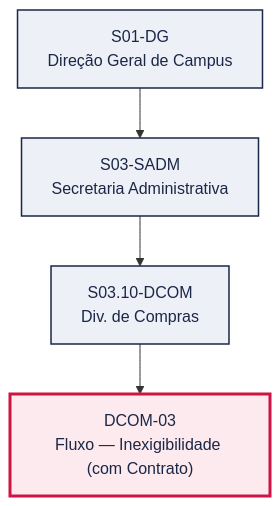
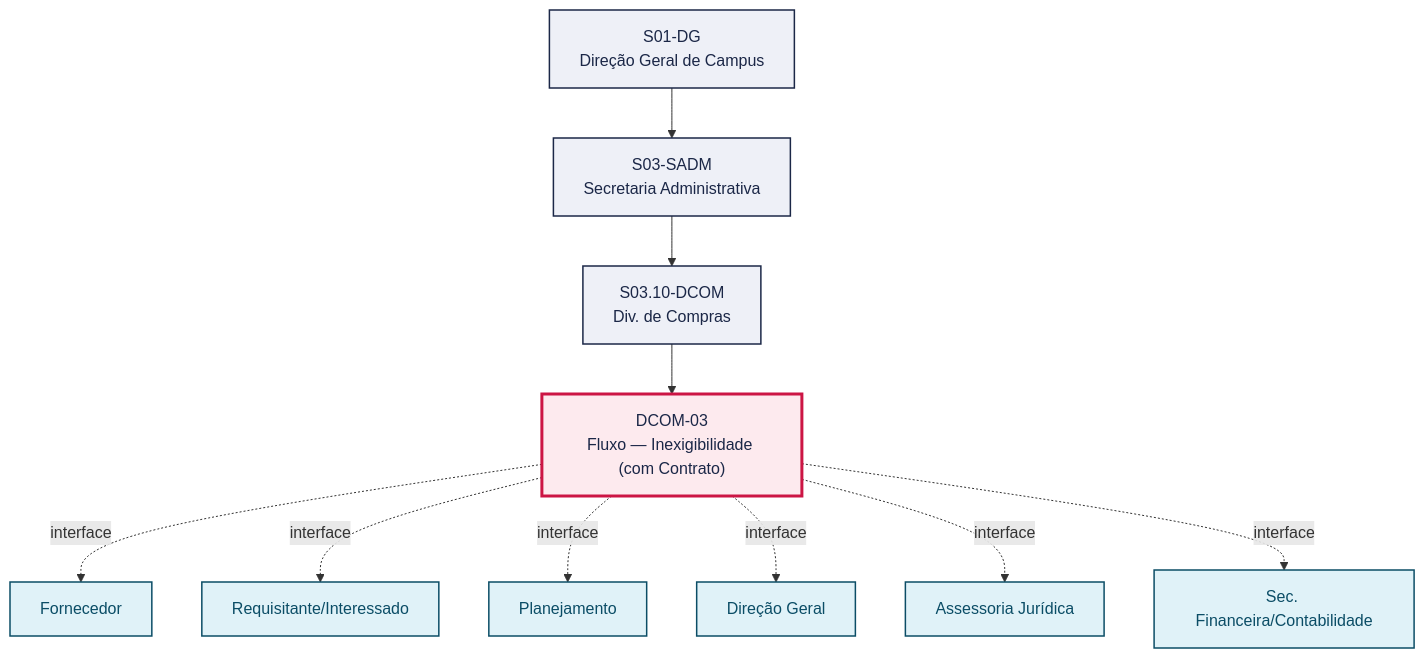
The first of 2 diagrams in pops/DCOM/DCOM-03.md (jessefers/canvas-vivo-atdg), drawn with Mermaid before and after one commit. The commit also changed other lines of this file and 9 other files, not shown here.

````diff
--- a/pops/DCOM/DCOM-03.md
+++ b/pops/DCOM/DCOM-03.md
@@ -49,15 +56,28 @@
 ```mermaid
 graph TD
   S01_DG["S01-DG<br/>Direção Geral de Campus"]
   S03_SADM["S03-SADM<br/>Secretaria Administrativa"]
   S01_DG --> S03_SADM
   S03_10_DCOM["S03.10-DCOM<br/>Div. de Compras"]
   S03_SADM --> S03_10_DCOM
   P["DCOM-03<br/>Fluxo — Inexigibilidade (com Contrato)"]
   S03_10_DCOM --> P
+  V1["Fornecedor"]
+  P -. interface .-> V1
+  V2["Requisitante/Interessado"]
+  P -. interface .-> V2
+  V3["Planejamento"]
+  P -. interface .-> V3
+  V4["Direção Geral"]
+  P -. interface .-> V4
+  V5["Assessoria Jurídica"]
+  P -. interface .-> V5
+  V6["Sec. Financeira/Contabilidade"]
+  P -. interface .-> V6
   classDef setor fill:#EEF0F7,stroke:#1B2747,stroke-width:1.5px,color:#1B2747
   classDef destaque fill:#FDEAEE,stroke:#CC1544,stroke-width:3px,color:#1B2747
   classDef vizinho fill:#E0F2F8,stroke:#0B4D66,stroke-width:1.5px,color:#0B4D66
   class S01_DG,S03_SADM,S03_10_DCOM setor
   class P destaque
+  class V1,V2,V3,V4,V5,V6 vizinho
 ```
````
